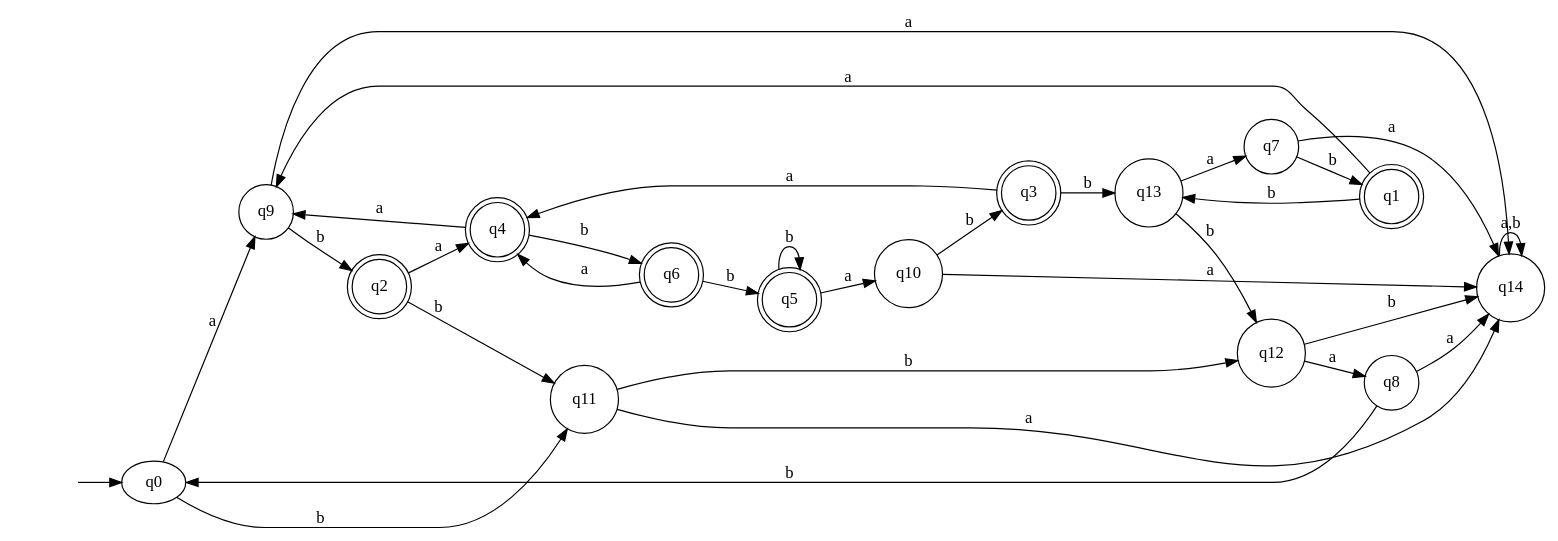
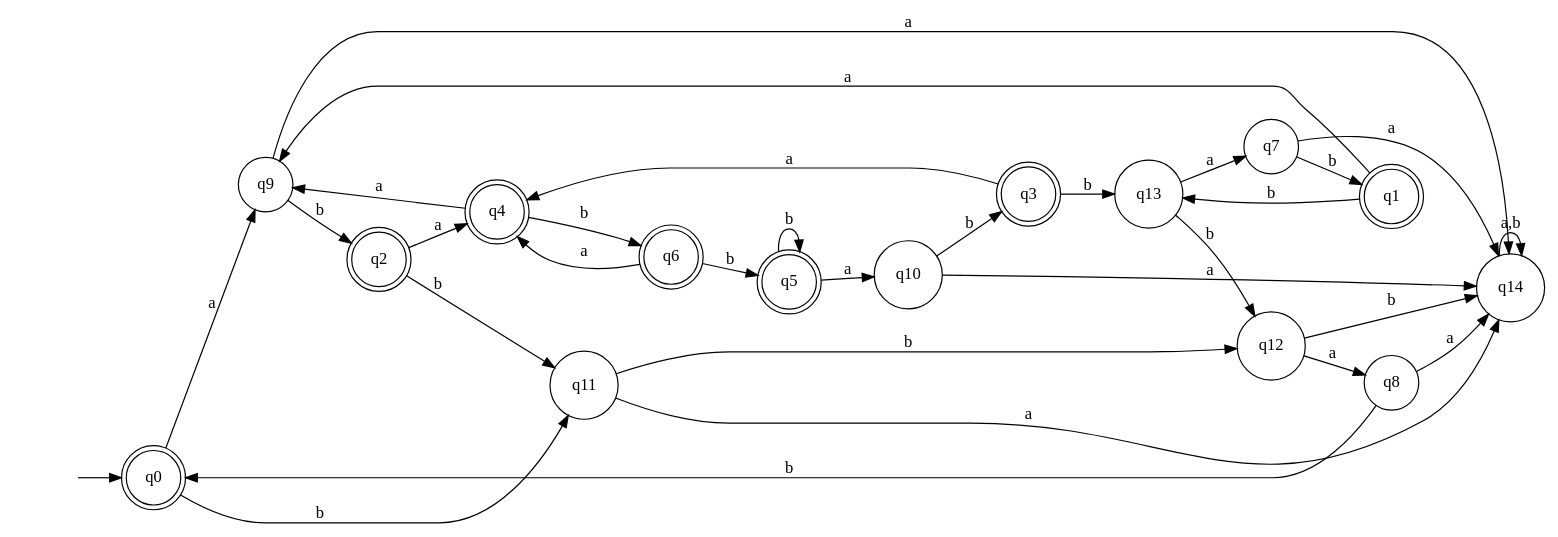
Before and after one commit to Matthew11K/formal-languages: the first of 3 diagrams in lab2/README.md, drawn with Graphviz. The commit also changed other lines of this file, not shown here.

````diff
--- a/lab2/README.md
+++ b/lab2/README.md
@@ -7,41 +7,43 @@
 ```dot
 digraph DFA {
     rankdir=LR;
-    "" [shape=none,label=""];
-    "" -> q0;
+
     node [shape=doublecircle]; q0 q1 q2 q3 q4 q5 q6;
     node [shape=circle]; q7 q8 q9 q10 q11 q12 q13;
     q_dead [shape=circle,label="q14"];
+
+    "" [shape=none,label=""];
+    "" -> q0;
     
     q0 -> q9 [label="a"];
     q0 -> q11 [label="b"];
     q1 -> q9 [label="a"];
     q1 -> q13 [label="b"];
     q2 -> q4 [label="a"];
     q2 -> q11 [label="b"];
     q3 -> q4 [label="a"];
     q3 -> q13 [label="b"];
     q4 -> q9 [label="a"];
     q4 -> q6 [label="b"];
     q5 -> q10 [label="a"];
     q5 -> q5 [label="b"];
     q6 -> q4 [label="a"];
     q6 -> q5 [label="b"];
     q7 -> q_dead [label="a"];
     q7 -> q1 [label="b"];
     q8 -> q_dead [label="a"];
     q8 -> q0 [label="b"];
     q9 -> q_dead [label="a"];
     q9 -> q2 [label="b"];
     q10 -> q_dead [label="a"];
     q10 -> q3 [label="b"];
     q11 -> q_dead [label="a"];
     q11 -> q12 [label="b"];
     q12 -> q8 [label="a"];
     q12 -> q_dead [label="b"];
     q13 -> q7 [label="a"];
     q13 -> q12 [label="b"];
     q_dead -> q_dead [label="a,b"];
 }
 
 ```
````
